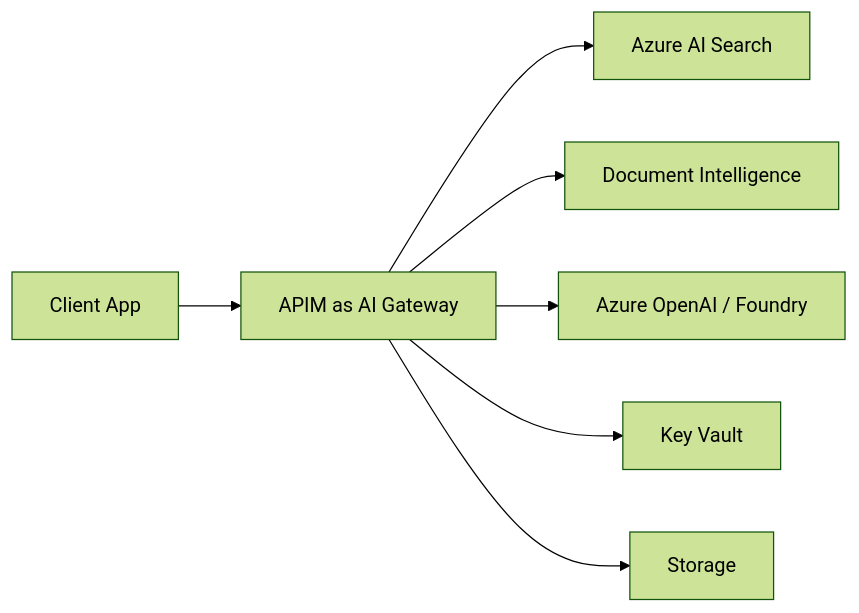
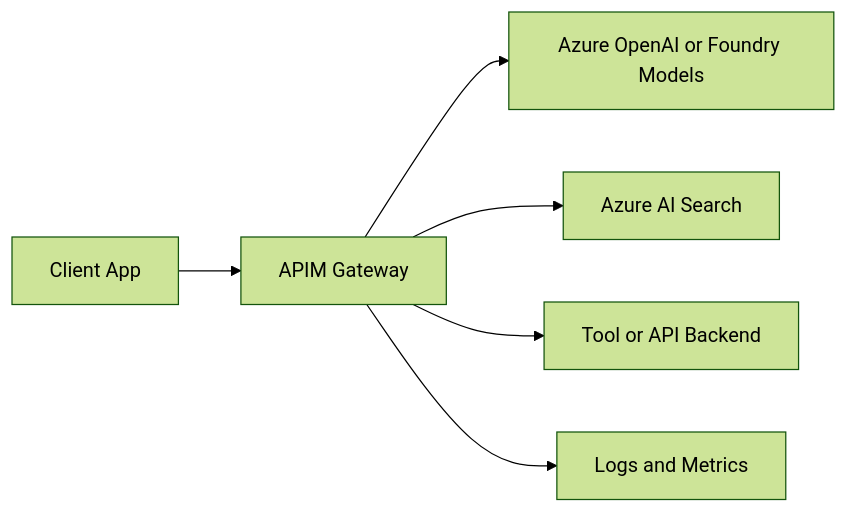
One commit to appliedailearner/upendra_kumar_portfolio changed the second of 4 diagrams in blog/AI Compliance Blog/AI_Compliance_Blog_with_Mermaid.md. Above: the diagram before and after it, drawn with Mermaid (forest theme). The commit also changed other lines of this file and 3 other files, not shown here.

Commit message:
Principal Overhaul: Implemented Architect's Split UI, Cinematic Animations, and L67 Refinement

````diff
--- a/blog/AI Compliance Blog/AI_Compliance_Blog_with_Mermaid.md
+++ b/blog/AI Compliance Blog/AI_Compliance_Blog_with_Mermaid.md
@@ -45,9 +49,8 @@
 ```mermaid
 flowchart LR
-    U[Client App] --> G[APIM as AI Gateway]
+    U[Client App] --> G[APIM Gateway]
+    G --> O[Azure OpenAI or Foundry Models]
     G --> S[Azure AI Search]
-    G --> D[Document Intelligence]
-    G --> O[Azure OpenAI / Foundry]
-    G --> K[Key Vault]
-    G --> ST[Storage]
+    G --> T[Tool or API Backend]
+    G --> L[Logs and Metrics]
 ```
````
